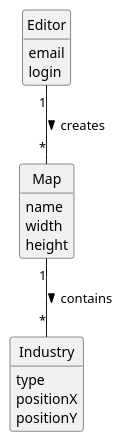
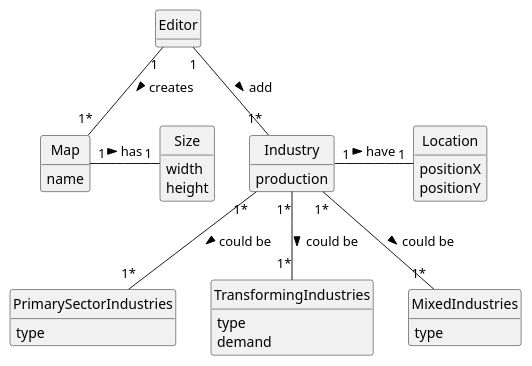
The diagram in docs/system-documentation/US002/02.analysis/puml/US002-DM.puml (1240826/empire-on-tracks), drawn with PlantUML before and after one commit. The commit also changed 5 other files, not shown here.

```diff
--- a/docs/system-documentation/US002/02.analysis/puml/US002-DM.puml
+++ b/docs/system-documentation/US002/02.analysis/puml/US002-DM.puml
@@ -1,32 +1,53 @@
 @startuml
 skinparam monochrome true
 skinparam packageStyle rectangle
 skinparam shadowing false
 skinparam classAttributeIconSize 0
 hide circle
 hide methods
 
 'title US02 - Add Industry to Map (Domain Model)
 
 class Editor {
-    email
-    login
 }
-
 class Map {
     name
+
+}
+class Size{
     width
     height
 }
 
-class Industry {
-    type
+class Location{
     positionX
     positionY
+
+}
+class Industry {
+    production
+}
+class PrimarySectorIndustries{
+    type
+
+}
+class TransformingIndustries{
+    type
+    demand
+}
+class  MixedIndustries{
+    type
 }
 
 ' --- Relacionamentos ---
-Editor "1" -- "*" Map : creates >
-Map "1" -- "*" Industry : contains >
+Editor "1" -down- "1*" Map : creates >
+Editor "1" -- "1*" Industry : add >
+Map "1" - "1" Size : has >
+
+
+Industry "1*" -- "1*" PrimarySectorIndustries : could be >
+Industry "1*" -- "1*" TransformingIndustries : could be >
+Industry "1*" -- "1*" MixedIndustries : could be >
+Industry "1" - "1" Location : have >
 
 @enduml
```
